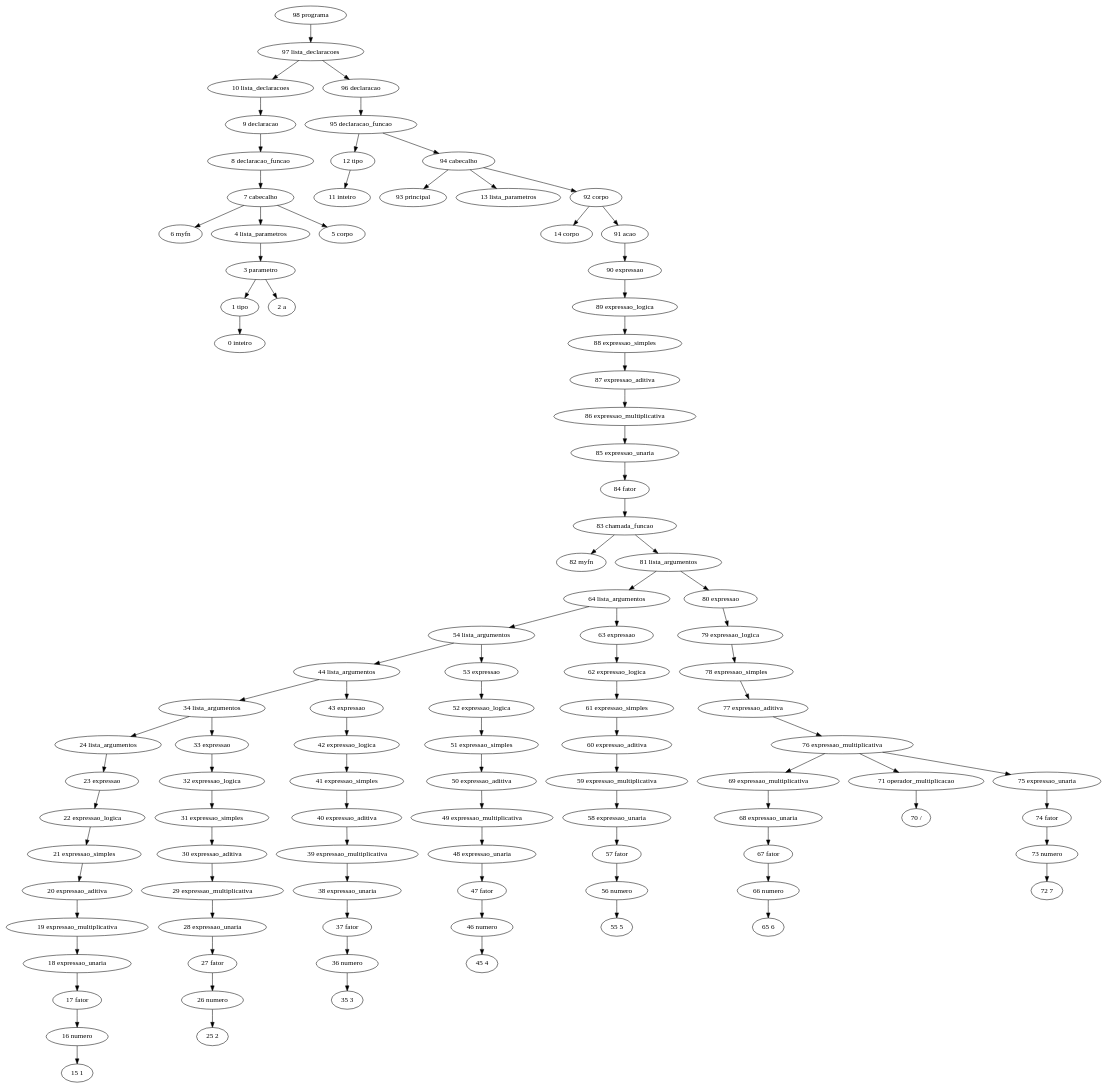
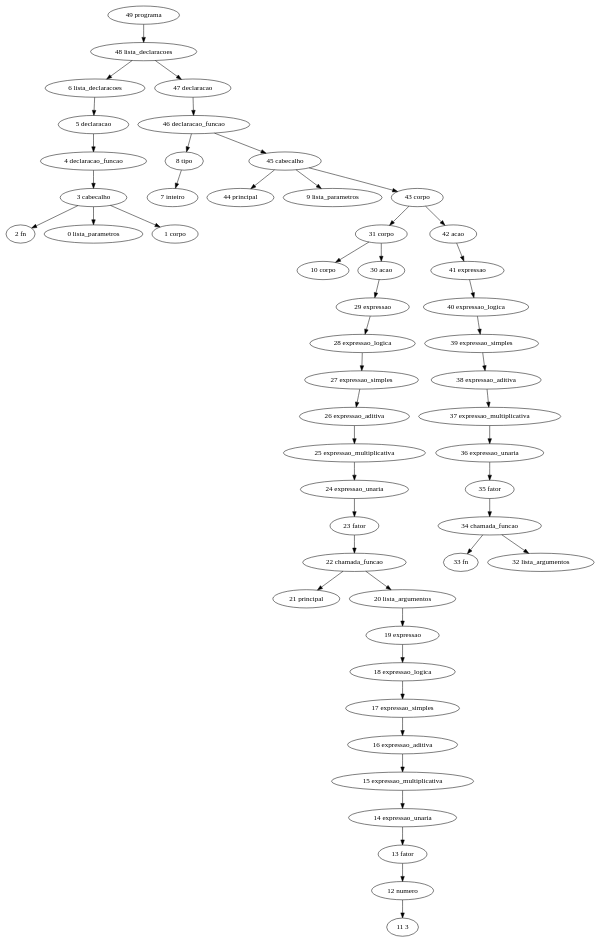
Before and after one commit to franzon/compilers: the diagram in BCC__BCC36B__P2__Jorge_1511424/implementacao/Digraph.gv, drawn with Graphviz. The commit also changed 4 other files, not shown here.

Commit message:
Refazendo lógica declaracao_funcao

```diff
--- a/BCC__BCC36B__P2__Jorge_1511424/implementacao/Digraph.gv
+++ b/BCC__BCC36B__P2__Jorge_1511424/implementacao/Digraph.gv
@@ -1,200 +1,102 @@
 // Análise sintática
 digraph {
-	"98 programa"
-	"97 lista_declaracoes"
-	"98 programa" -> "97 lista_declaracoes"
-	"10 lista_declaracoes"
-	"97 lista_declaracoes" -> "10 lista_declaracoes"
-	"9 declaracao"
-	"10 lista_declaracoes" -> "9 declaracao"
-	"8 declaracao_funcao"
-	"9 declaracao" -> "8 declaracao_funcao"
-	"7 cabecalho"
-	"8 declaracao_funcao" -> "7 cabecalho"
-	"6 myfn"
-	"7 cabecalho" -> "6 myfn"
-	"4 lista_parametros"
-	"7 cabecalho" -> "4 lista_parametros"
-	"3 parametro"
-	"4 lista_parametros" -> "3 parametro"
-	"1 tipo"
-	"3 parametro" -> "1 tipo"
-	"0 inteiro"
-	"1 tipo" -> "0 inteiro"
-	"2 a"
-	"3 parametro" -> "2 a"
-	"5 corpo"
-	"7 cabecalho" -> "5 corpo"
-	"96 declaracao"
-	"97 lista_declaracoes" -> "96 declaracao"
-	"95 declaracao_funcao"
-	"96 declaracao" -> "95 declaracao_funcao"
-	"12 tipo"
-	"95 declaracao_funcao" -> "12 tipo"
-	"11 inteiro"
-	"12 tipo" -> "11 inteiro"
-	"94 cabecalho"
-	"95 declaracao_funcao" -> "94 cabecalho"
-	"93 principal"
-	"94 cabecalho" -> "93 principal"
-	"13 lista_parametros"
-	"94 cabecalho" -> "13 lista_parametros"
-	"92 corpo"
-	"94 cabecalho" -> "92 corpo"
-	"14 corpo"
-	"92 corpo" -> "14 corpo"
-	"91 acao"
-	"92 corpo" -> "91 acao"
-	"90 expressao"
-	"91 acao" -> "90 expressao"
-	"89 expressao_logica"
-	"90 expressao" -> "89 expressao_logica"
-	"88 expressao_simples"
-	"89 expressao_logica" -> "88 expressao_simples"
-	"87 expressao_aditiva"
-	"88 expressao_simples" -> "87 expressao_aditiva"
-	"86 expressao_multiplicativa"
-	"87 expressao_aditiva" -> "86 expressao_multiplicativa"
-	"85 expressao_unaria"
-	"86 expressao_multiplicativa" -> "85 expressao_unaria"
-	"84 fator"
-	"85 expressao_unaria" -> "84 fator"
-	"83 chamada_funcao"
-	"84 fator" -> "83 chamada_funcao"
-	"82 myfn"
-	"83 chamada_funcao" -> "82 myfn"
-	"81 lista_argumentos"
-	"83 chamada_funcao" -> "81 lista_argumentos"
-	"64 lista_argumentos"
-	"81 lista_argumentos" -> "64 lista_argumentos"
-	"54 lista_argumentos"
-	"64 lista_argumentos" -> "54 lista_argumentos"
-	"44 lista_argumentos"
-	"54 lista_argumentos" -> "44 lista_argumentos"
-	"34 lista_argumentos"
-	"44 lista_argumentos" -> "34 lista_argumentos"
-	"24 lista_argumentos"
-	"34 lista_argumentos" -> "24 lista_argumentos"
-	"23 expressao"
-	"24 lista_argumentos" -> "23 expressao"
-	"22 expressao_logica"
-	"23 expressao" -> "22 expressao_logica"
-	"21 expressao_simples"
-	"22 expressao_logica" -> "21 expressao_simples"
-	"20 expressao_aditiva"
-	"21 expressao_simples" -> "20 expressao_aditiva"
-	"19 expressao_multiplicativa"
-	"20 expressao_aditiva" -> "19 expressao_multiplicativa"
-	"18 expressao_unaria"
-	"19 expressao_multiplicativa" -> "18 expressao_unaria"
-	"17 fator"
-	"18 expressao_unaria" -> "17 fator"
-	"16 numero"
-	"17 fator" -> "16 numero"
-	"15 1"
-	"16 numero" -> "15 1"
-	"33 expressao"
-	"34 lista_argumentos" -> "33 expressao"
-	"32 expressao_logica"
-	"33 expressao" -> "32 expressao_logica"
-	"31 expressao_simples"
-	"32 expressao_logica" -> "31 expressao_simples"
-	"30 expressao_aditiva"
-	"31 expressao_simples" -> "30 expressao_aditiva"
-	"29 expressao_multiplicativa"
-	"30 expressao_aditiva" -> "29 expressao_multiplicativa"
-	"28 expressao_unaria"
-	"29 expressao_multiplicativa" -> "28 expressao_unaria"
-	"27 fator"
-	"28 expressao_unaria" -> "27 fator"
-	"26 numero"
-	"27 fator" -> "26 numero"
-	"25 2"
-	"26 numero" -> "25 2"
-	"43 expressao"
-	"44 lista_argumentos" -> "43 expressao"
-	"42 expressao_logica"
-	"43 expressao" -> "42 expressao_logica"
-	"41 expressao_simples"
-	"42 expressao_logica" -> "41 expressao_simples"
-	"40 expressao_aditiva"
-	"41 expressao_simples" -> "40 expressao_aditiva"
-	"39 expressao_multiplicativa"
-	"40 expressao_aditiva" -> "39 expressao_multiplicativa"
-	"38 expressao_unaria"
-	"39 expressao_multiplicativa" -> "38 expressao_unaria"
-	"37 fator"
-	"38 expressao_unaria" -> "37 fator"
-	"36 numero"
-	"37 fator" -> "36 numero"
-	"35 3"
-	"36 numero" -> "35 3"
-	"53 expressao"
-	"54 lista_argumentos" -> "53 expressao"
-	"52 expressao_logica"
-	"53 expressao" -> "52 expressao_logica"
-	"51 expressao_simples"
-	"52 expressao_logica" -> "51 expressao_simples"
-	"50 expressao_aditiva"
-	"51 expressao_simples" -> "50 expressao_aditiva"
-	"49 expressao_multiplicativa"
-	"50 expressao_aditiva" -> "49 expressao_multiplicativa"
-	"48 expressao_unaria"
-	"49 expressao_multiplicativa" -> "48 expressao_unaria"
-	"47 fator"
-	"48 expressao_unaria" -> "47 fator"
-	"46 numero"
-	"47 fator" -> "46 numero"
-	"45 4"
-	"46 numero" -> "45 4"
-	"63 expressao"
-	"64 lista_argumentos" -> "63 expressao"
-	"62 expressao_logica"
-	"63 expressao" -> "62 expressao_logica"
-	"61 expressao_simples"
-	"62 expressao_logica" -> "61 expressao_simples"
-	"60 expressao_aditiva"
-	"61 expressao_simples" -> "60 expressao_aditiva"
-	"59 expressao_multiplicativa"
-	"60 expressao_aditiva" -> "59 expressao_multiplicativa"
-	"58 expressao_unaria"
-	"59 expressao_multiplicativa" -> "58 expressao_unaria"
-	"57 fator"
-	"58 expressao_unaria" -> "57 fator"
-	"56 numero"
-	"57 fator" -> "56 numero"
-	"55 5"
-	"56 numero" -> "55 5"
-	"80 expressao"
-	"81 lista_argumentos" -> "80 expressao"
-	"79 expressao_logica"
-	"80 expressao" -> "79 expressao_logica"
-	"78 expressao_simples"
-	"79 expressao_logica" -> "78 expressao_simples"
-	"77 expressao_aditiva"
-	"78 expressao_simples" -> "77 expressao_aditiva"
-	"76 expressao_multiplicativa"
-	"77 expressao_aditiva" -> "76 expressao_multiplicativa"
-	"69 expressao_multiplicativa"
-	"76 expressao_multiplicativa" -> "69 expressao_multiplicativa"
-	"68 expressao_unaria"
-	"69 expressao_multiplicativa" -> "68 expressao_unaria"
-	"67 fator"
-	"68 expressao_unaria" -> "67 fator"
-	"66 numero"
-	"67 fator" -> "66 numero"
-	"65 6"
-	"66 numero" -> "65 6"
-	"71 operador_multiplicacao"
-	"76 expressao_multiplicativa" -> "71 operador_multiplicacao"
-	"70 /"
-	"71 operador_multiplicacao" -> "70 /"
-	"75 expressao_unaria"
-	"76 expressao_multiplicativa" -> "75 expressao_unaria"
-	"74 fator"
-	"75 expressao_unaria" -> "74 fator"
-	"73 numero"
-	"74 fator" -> "73 numero"
-	"72 7"
-	"73 numero" -> "72 7"
+	"49 programa"
+	"48 lista_declaracoes"
+	"49 programa" -> "48 lista_declaracoes"
+	"6 lista_declaracoes"
+	"48 lista_declaracoes" -> "6 lista_declaracoes"
+	"5 declaracao"
+	"6 lista_declaracoes" -> "5 declaracao"
+	"4 declaracao_funcao"
+	"5 declaracao" -> "4 declaracao_funcao"
+	"3 cabecalho"
+	"4 declaracao_funcao" -> "3 cabecalho"
+	"2 fn"
+	"3 cabecalho" -> "2 fn"
+	"0 lista_parametros"
+	"3 cabecalho" -> "0 lista_parametros"
+	"1 corpo"
+	"3 cabecalho" -> "1 corpo"
+	"47 declaracao"
+	"48 lista_declaracoes" -> "47 declaracao"
+	"46 declaracao_funcao"
+	"47 declaracao" -> "46 declaracao_funcao"
+	"8 tipo"
+	"46 declaracao_funcao" -> "8 tipo"
+	"7 inteiro"
+	"8 tipo" -> "7 inteiro"
+	"45 cabecalho"
+	"46 declaracao_funcao" -> "45 cabecalho"
+	"44 principal"
+	"45 cabecalho" -> "44 principal"
+	"9 lista_parametros"
+	"45 cabecalho" -> "9 lista_parametros"
+	"43 corpo"
+	"45 cabecalho" -> "43 corpo"
+	"31 corpo"
+	"43 corpo" -> "31 corpo"
+	"10 corpo"
+	"31 corpo" -> "10 corpo"
+	"30 acao"
+	"31 corpo" -> "30 acao"
+	"29 expressao"
+	"30 acao" -> "29 expressao"
+	"28 expressao_logica"
+	"29 expressao" -> "28 expressao_logica"
+	"27 expressao_simples"
+	"28 expressao_logica" -> "27 expressao_simples"
+	"26 expressao_aditiva"
+	"27 expressao_simples" -> "26 expressao_aditiva"
+	"25 expressao_multiplicativa"
+	"26 expressao_aditiva" -> "25 expressao_multiplicativa"
+	"24 expressao_unaria"
+	"25 expressao_multiplicativa" -> "24 expressao_unaria"
+	"23 fator"
+	"24 expressao_unaria" -> "23 fator"
+	"22 chamada_funcao"
+	"23 fator" -> "22 chamada_funcao"
+	"21 principal"
+	"22 chamada_funcao" -> "21 principal"
+	"20 lista_argumentos"
+	"22 chamada_funcao" -> "20 lista_argumentos"
+	"19 expressao"
+	"20 lista_argumentos" -> "19 expressao"
+	"18 expressao_logica"
+	"19 expressao" -> "18 expressao_logica"
+	"17 expressao_simples"
+	"18 expressao_logica" -> "17 expressao_simples"
+	"16 expressao_aditiva"
+	"17 expressao_simples" -> "16 expressao_aditiva"
+	"15 expressao_multiplicativa"
+	"16 expressao_aditiva" -> "15 expressao_multiplicativa"
+	"14 expressao_unaria"
+	"15 expressao_multiplicativa" -> "14 expressao_unaria"
+	"13 fator"
+	"14 expressao_unaria" -> "13 fator"
+	"12 numero"
+	"13 fator" -> "12 numero"
+	"11 3"
+	"12 numero" -> "11 3"
+	"42 acao"
+	"43 corpo" -> "42 acao"
+	"41 expressao"
+	"42 acao" -> "41 expressao"
+	"40 expressao_logica"
+	"41 expressao" -> "40 expressao_logica"
+	"39 expressao_simples"
+	"40 expressao_logica" -> "39 expressao_simples"
+	"38 expressao_aditiva"
+	"39 expressao_simples" -> "38 expressao_aditiva"
+	"37 expressao_multiplicativa"
+	"38 expressao_aditiva" -> "37 expressao_multiplicativa"
+	"36 expressao_unaria"
+	"37 expressao_multiplicativa" -> "36 expressao_unaria"
+	"35 fator"
+	"36 expressao_unaria" -> "35 fator"
+	"34 chamada_funcao"
+	"35 fator" -> "34 chamada_funcao"
+	"33 fn"
+	"34 chamada_funcao" -> "33 fn"
+	"32 lista_argumentos"
+	"34 chamada_funcao" -> "32 lista_argumentos"
 }
```
